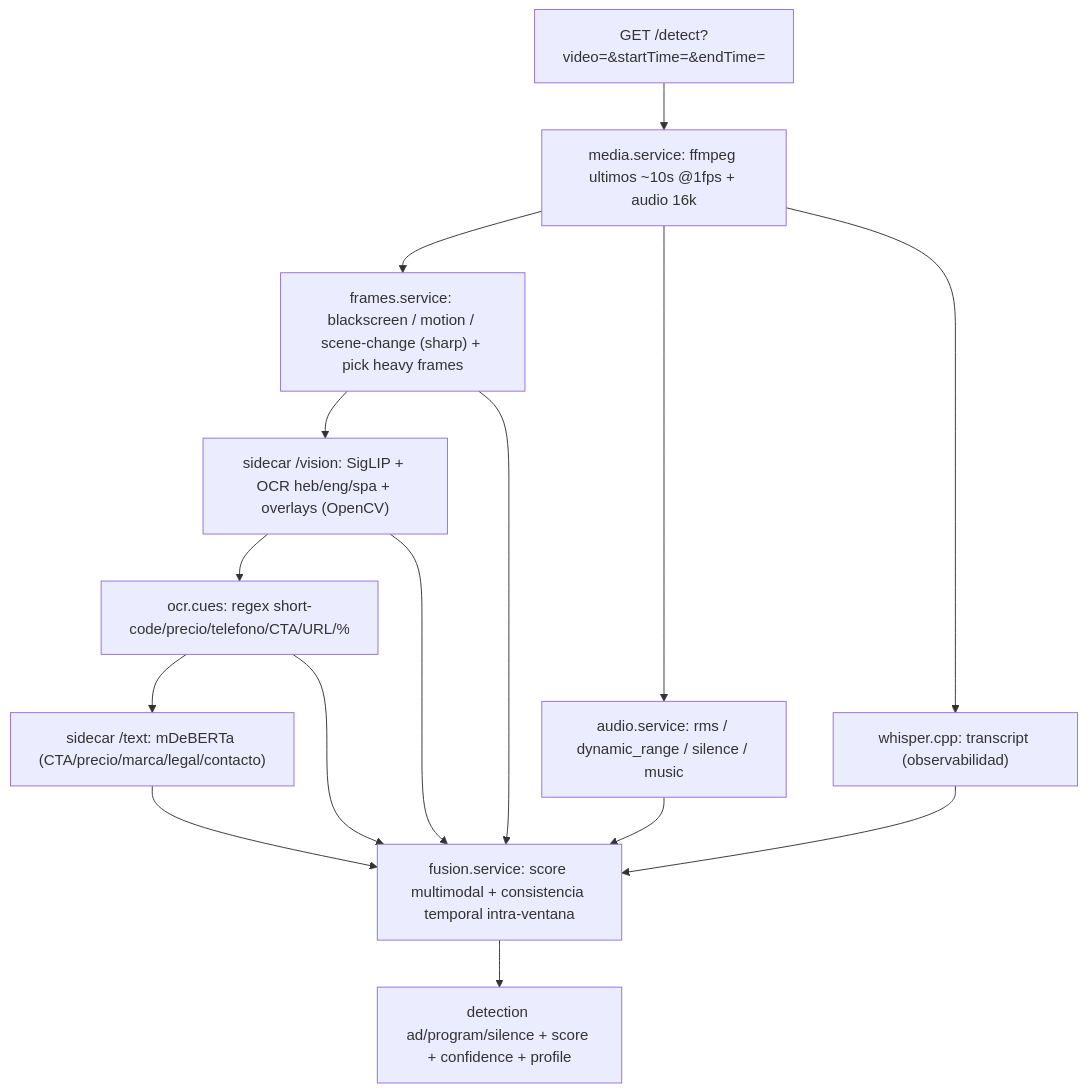
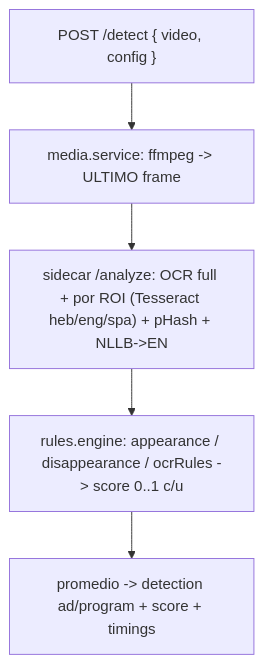
Before and after one commit to Immergo-Univ/insight-cms-live2vod: the diagram in insight-ad-recognition/README.md, drawn with Mermaid. The commit also changed other lines of this file and 51 other files, not shown here.

````diff
--- a/insight-ad-recognition/README.md
+++ b/insight-ad-recognition/README.md
@@ -66,12 +77,7 @@
 ```mermaid
 flowchart TB
-  In["GET /detect?video=&startTime=&endTime="] --> M["media.service: ffmpeg ultimos ~10s @1fps + audio 16k"]
-  M --> GATE["frames.service: blackscreen / motion / scene-change (sharp) + pick heavy frames"]
-  M --> A["audio.service: rms / dynamic_range / silence / music"]
-  M --> W["whisper.cpp: transcript (observabilidad)"]
-  GATE --> VIS["sidecar /vision: SigLIP + OCR heb/eng/spa + overlays (OpenCV)"]
-  VIS --> CUES["ocr.cues: regex short-code/precio/telefono/CTA/URL/%"]
-  CUES --> TXT["sidecar /text: mDeBERTa (CTA/precio/marca/legal/contacto)"]
-  GATE & A & W & VIS & CUES & TXT --> FUSE["fusion.service: score multimodal + consistencia temporal intra-ventana"]
-  FUSE --> Out["detection ad/program/silence + score + confidence + profile"]
+  In["POST /detect { video, config }"] --> M["media.service: ffmpeg -> ULTIMO frame"]
+  M --> SC["sidecar /analyze: OCR full + por ROI (Tesseract heb/eng/spa) + pHash + NLLB->EN"]
+  SC --> ENG["rules.engine: appearance / disappearance / ocrRules -> score 0..1 c/u"]
+  ENG --> Out["promedio -> detection ad/program + score + timings"]
 ```
````
